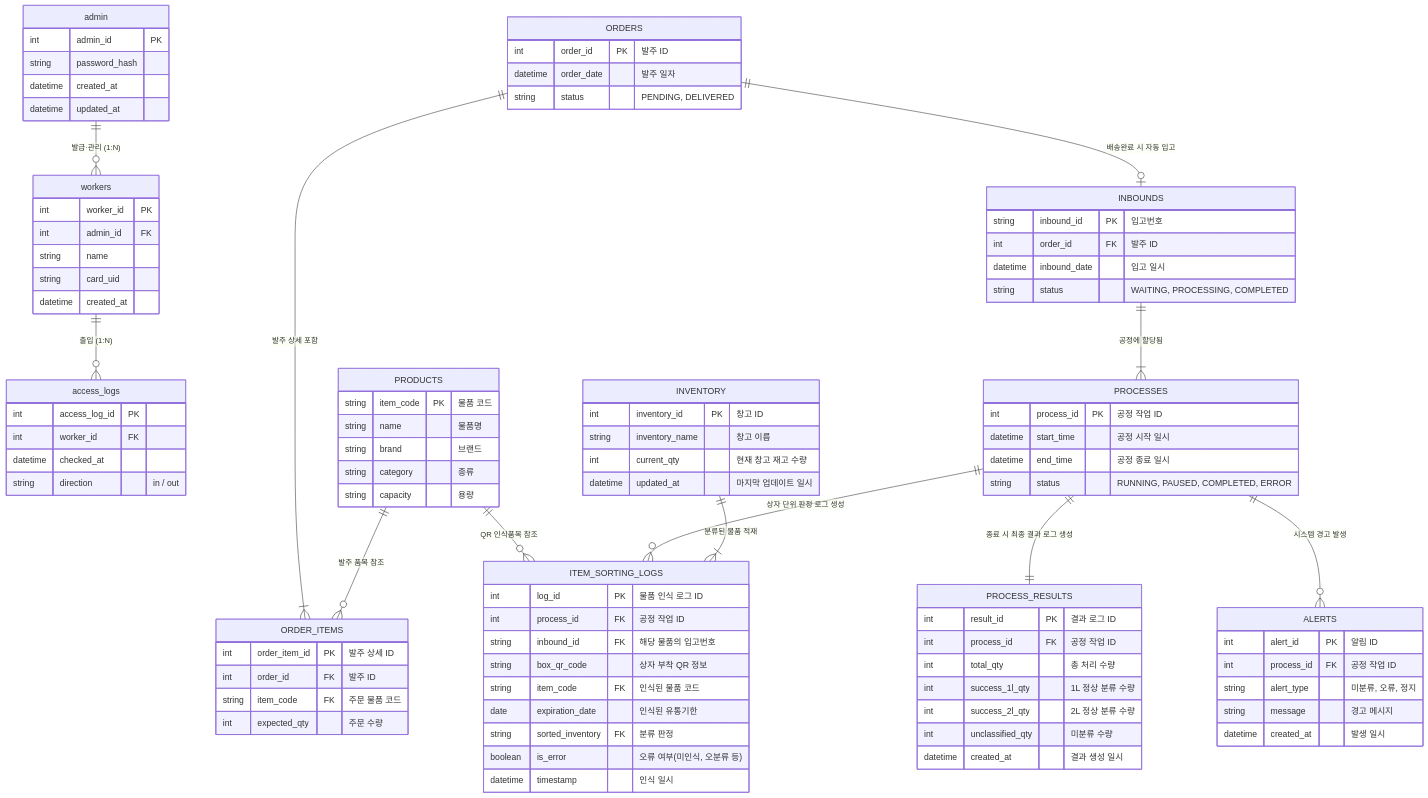
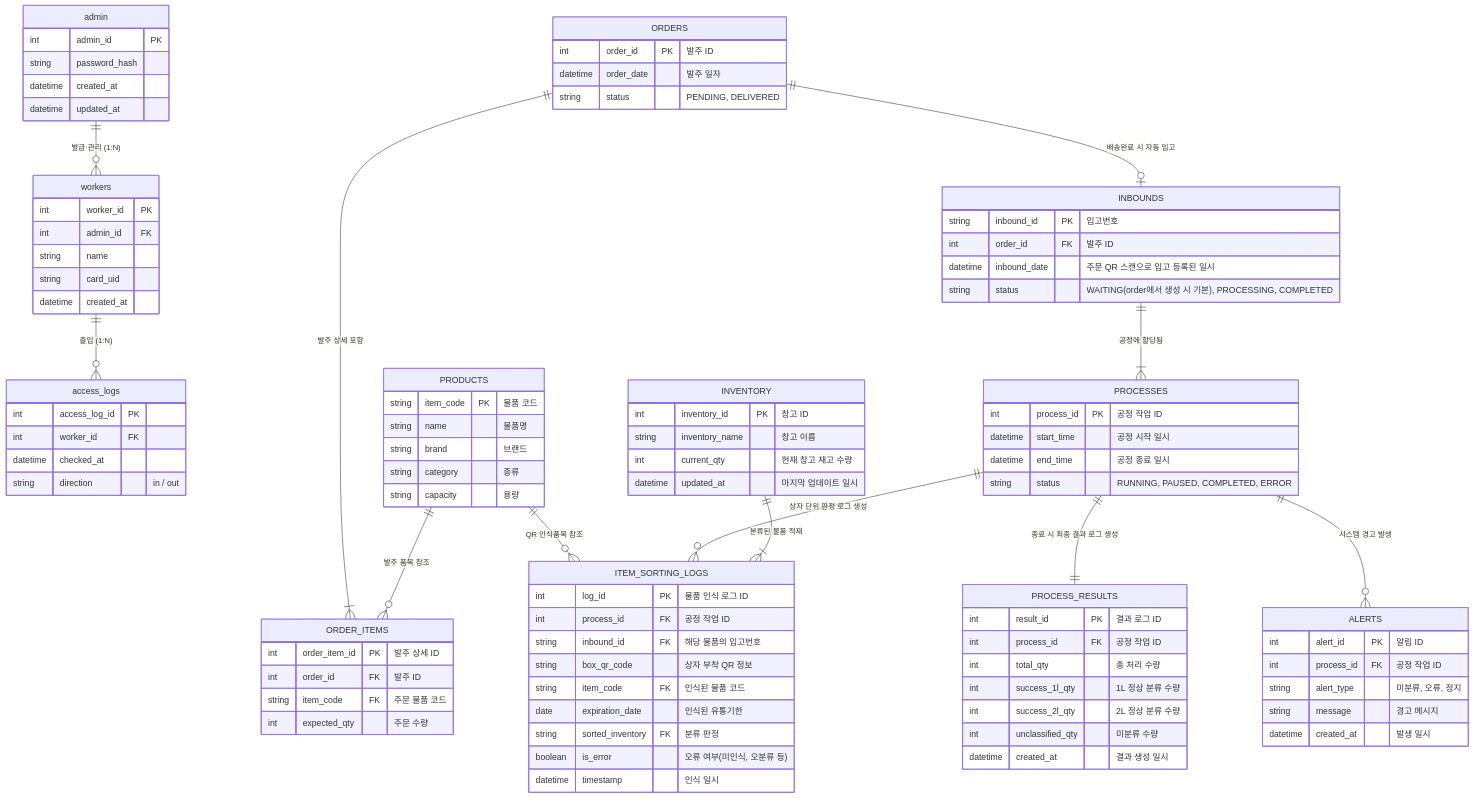
One commit to addinedu-physicalai-1st/iot-repo-3 changed the diagram in docs/er-diagram.md. Above: the diagram before and after it, drawn with Mermaid. The commit also changed other lines of this file and 12 other files, not shown here.

```diff
--- a/docs/er-diagram.md
+++ b/docs/er-diagram.md
@@ -67,8 +67,8 @@
     INBOUNDS {
         string inbound_id PK "입고번호"
         int order_id FK "발주 ID"
-        datetime inbound_date "입고 일시"
-        string status "WAITING, PROCESSING, COMPLETED"
+        datetime inbound_date "주문 QR 스캔으로 입고 등록된 일시"
+        string status "WAITING(order에서 생성 시 기본), PROCESSING, COMPLETED"
     }
 
     %% 분류 공정 작업
```
